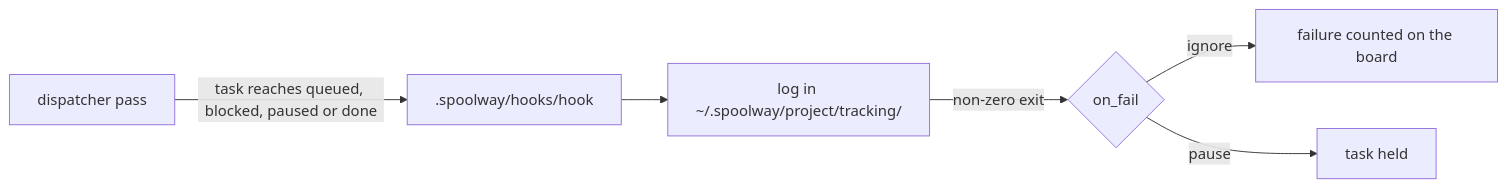
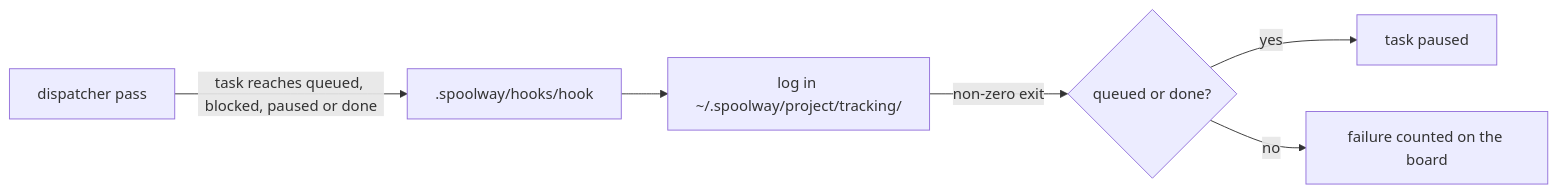
One commit to marvingygas/spoolway changed the first of 2 diagrams in docs/configuration.md. Above: the diagram before and after it, drawn with Mermaid. The commit also changed other lines of this file and 20 other files, not shown here.

Commit message:
feat(tracking): pause a task on every failing hook, and re-run the hook on resume

````diff
--- a/docs/configuration.md
+++ b/docs/configuration.md
@@ -327,8 +253,8 @@
 ```mermaid
 flowchart LR
   A[dispatcher pass] -->|task reaches queued, blocked, paused or done| B[.spoolway/hooks/hook]
   B --> C[log in ~/.spoolway/project/tracking/]
-  C -->|non-zero exit| D{on_fail}
-  D -->|ignore| E[failure counted on the board]
-  D -->|pause| F[task held]
+  C -->|non-zero exit| D{queued or done?}
+  D -->|yes| E[task paused]
+  D -->|no| F[failure counted on the board]
 ```
````
